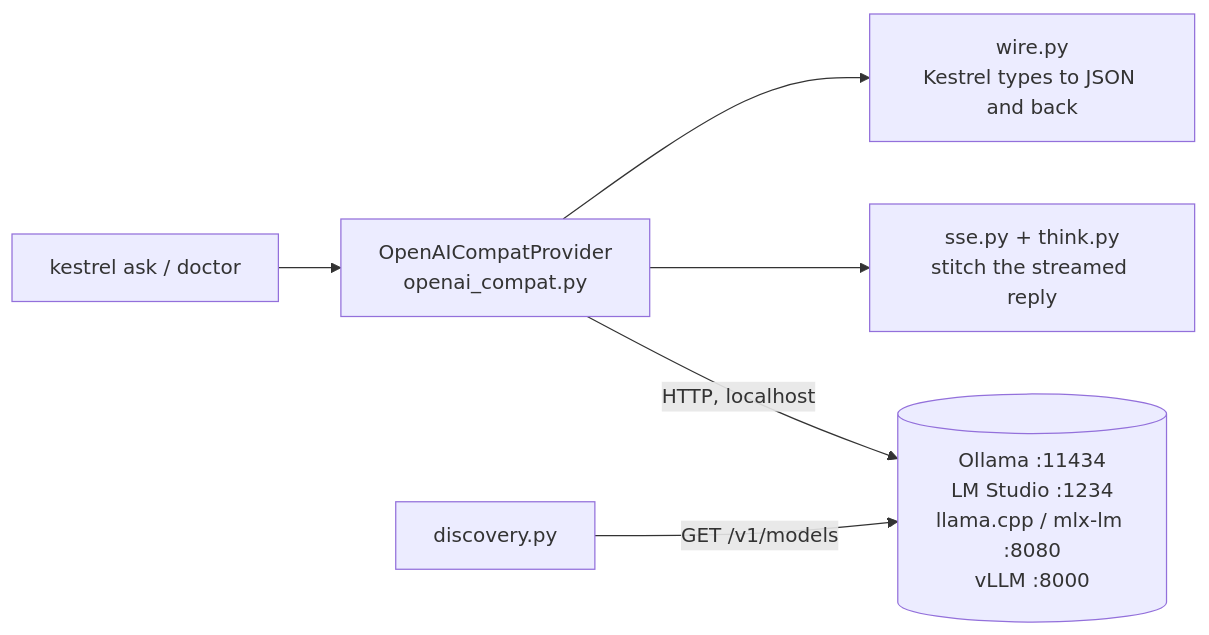
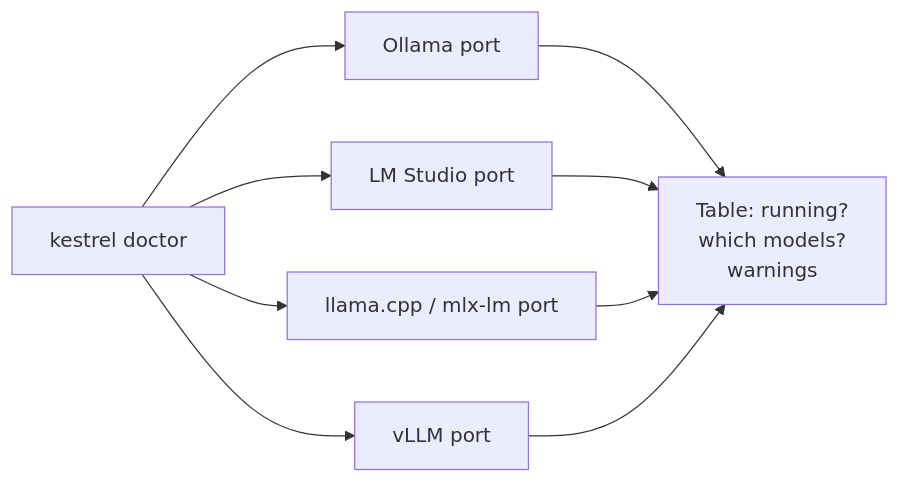
Before and after one commit to JagdeepSingh13/kestrel: the third of 4 diagrams in README.md, drawn with Mermaid. The commit also changed other lines of this file and 1 other file, not shown here.

````diff
--- a/README.md
+++ b/README.md
@@ -67,8 +84,5 @@
 ```mermaid
 flowchart LR
-    CLI["kestrel ask / doctor"] --> P["OpenAICompatProvider<br/>openai_compat.py"]
-    P --> W["wire.py<br/>Kestrel types to JSON and back"]
-    P --> S["sse.py + think.py<br/>stitch the streamed reply"]
-    P -- "HTTP, localhost" --> B[("Ollama :11434<br/>LM Studio :1234<br/>llama.cpp / mlx-lm :8080<br/>vLLM :8000")]
-    D["discovery.py"] -- "GET /v1/models" --> B
+    D["kestrel doctor"] --> P1["Ollama port"] & P2["LM Studio port"] & P3["llama.cpp / mlx-lm port"] & P4["vLLM port"]
+    P1 & P2 & P3 & P4 --> T["Table: running?<br/>which models?<br/>warnings"]
 ```
````
